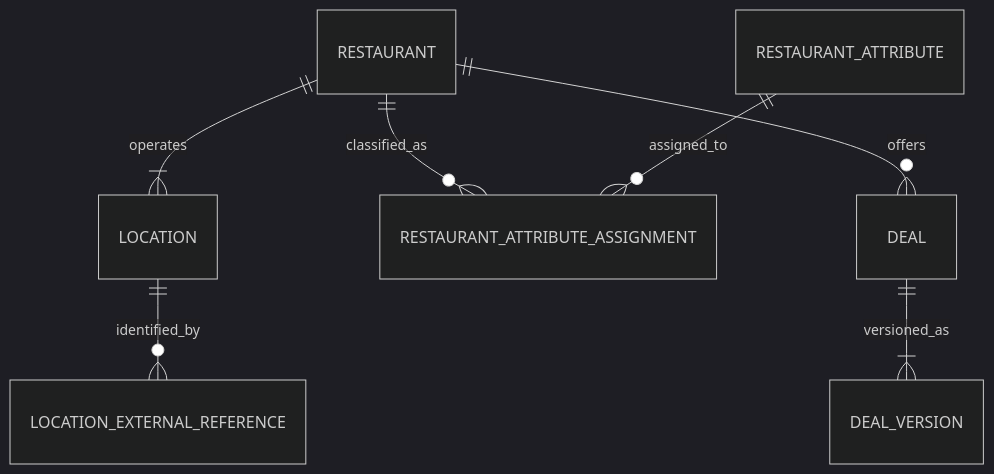
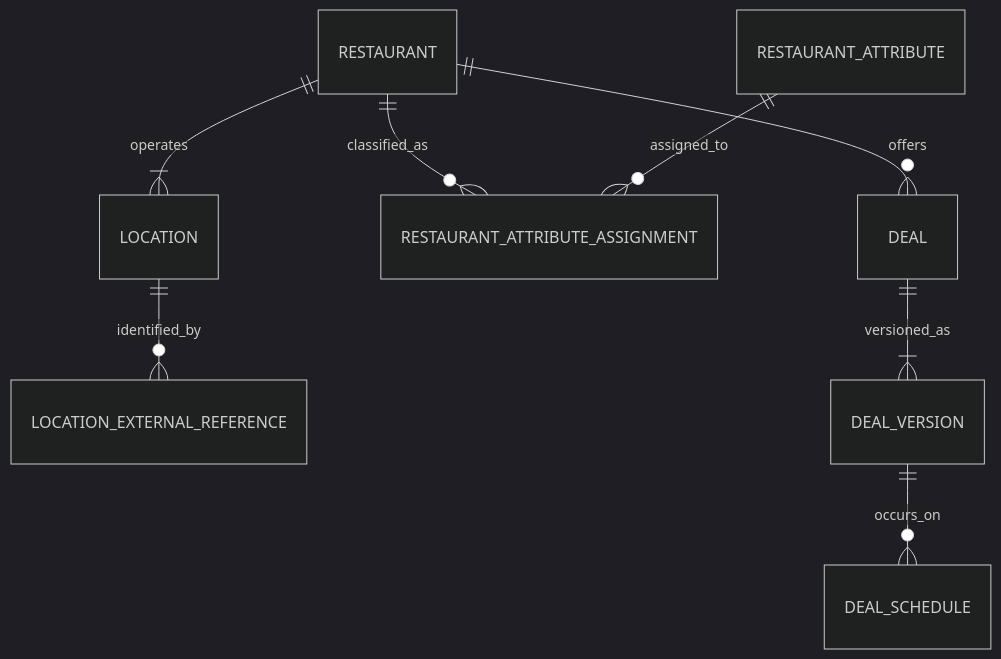
Before and after one commit to arivera1128/WhereWeGoing: the diagram in docs/docs/RELATIONAL_MODEL.md, drawn with Mermaid (dark theme). The commit also changed other lines of this file and 1 other file, not shown here.

Commit message:
Define relational deal schedules

````diff
--- a/docs/docs/RELATIONAL_MODEL.md
+++ b/docs/docs/RELATIONAL_MODEL.md
@@ -134,9 +148,10 @@
 ```mermaid
 erDiagram
   RESTAURANT ||--|{ LOCATION : operates
   LOCATION ||--o{ LOCATION_EXTERNAL_REFERENCE : identified_by
   RESTAURANT ||--o{ RESTAURANT_ATTRIBUTE_ASSIGNMENT : classified_as
   RESTAURANT_ATTRIBUTE ||--o{ RESTAURANT_ATTRIBUTE_ASSIGNMENT : assigned_to
   RESTAURANT ||--o{ DEAL : offers
   DEAL ||--|{ DEAL_VERSION : versioned_as
+  DEAL_VERSION ||--o{ DEAL_SCHEDULE : occurs_on
 ```
````
